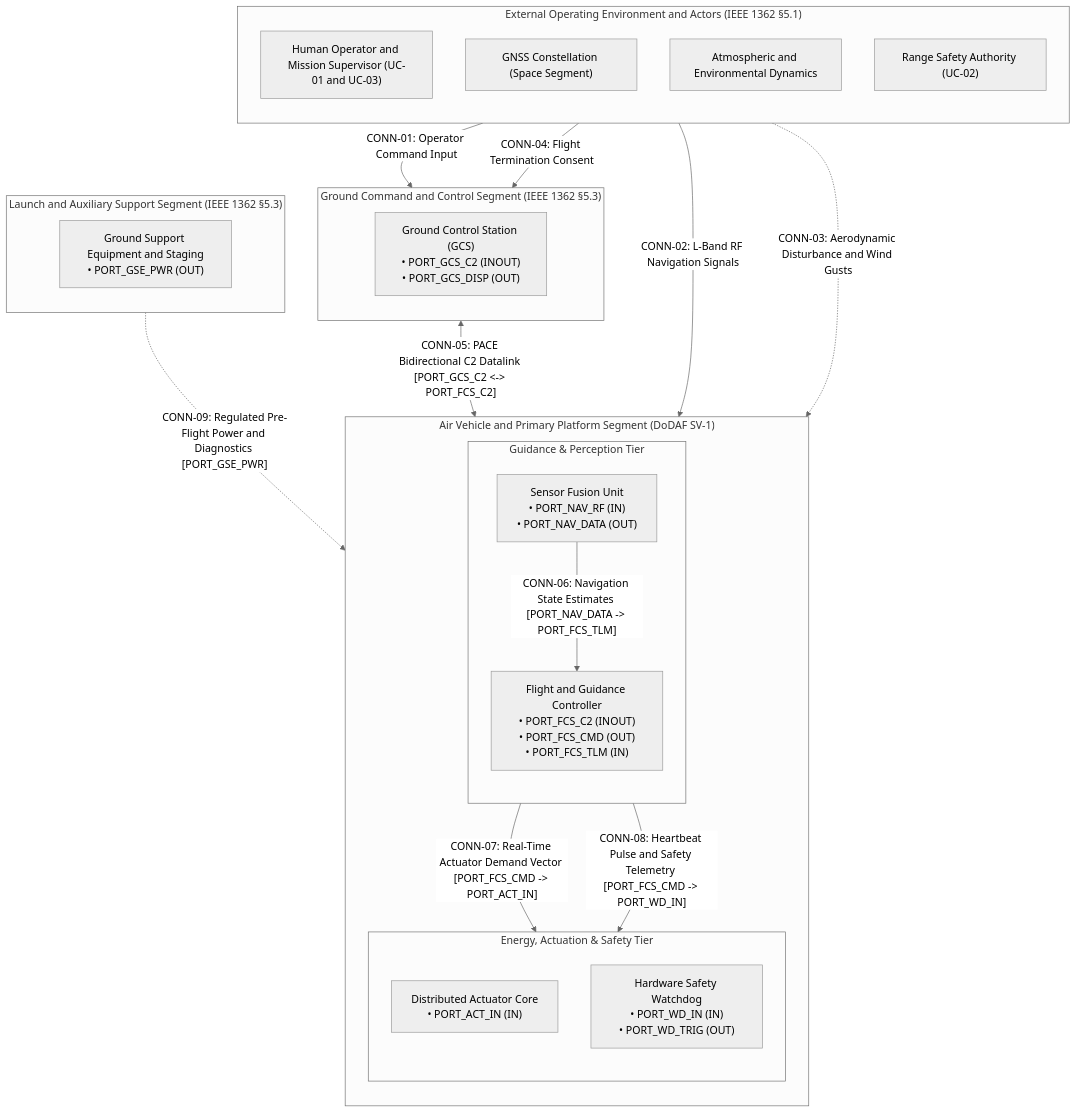
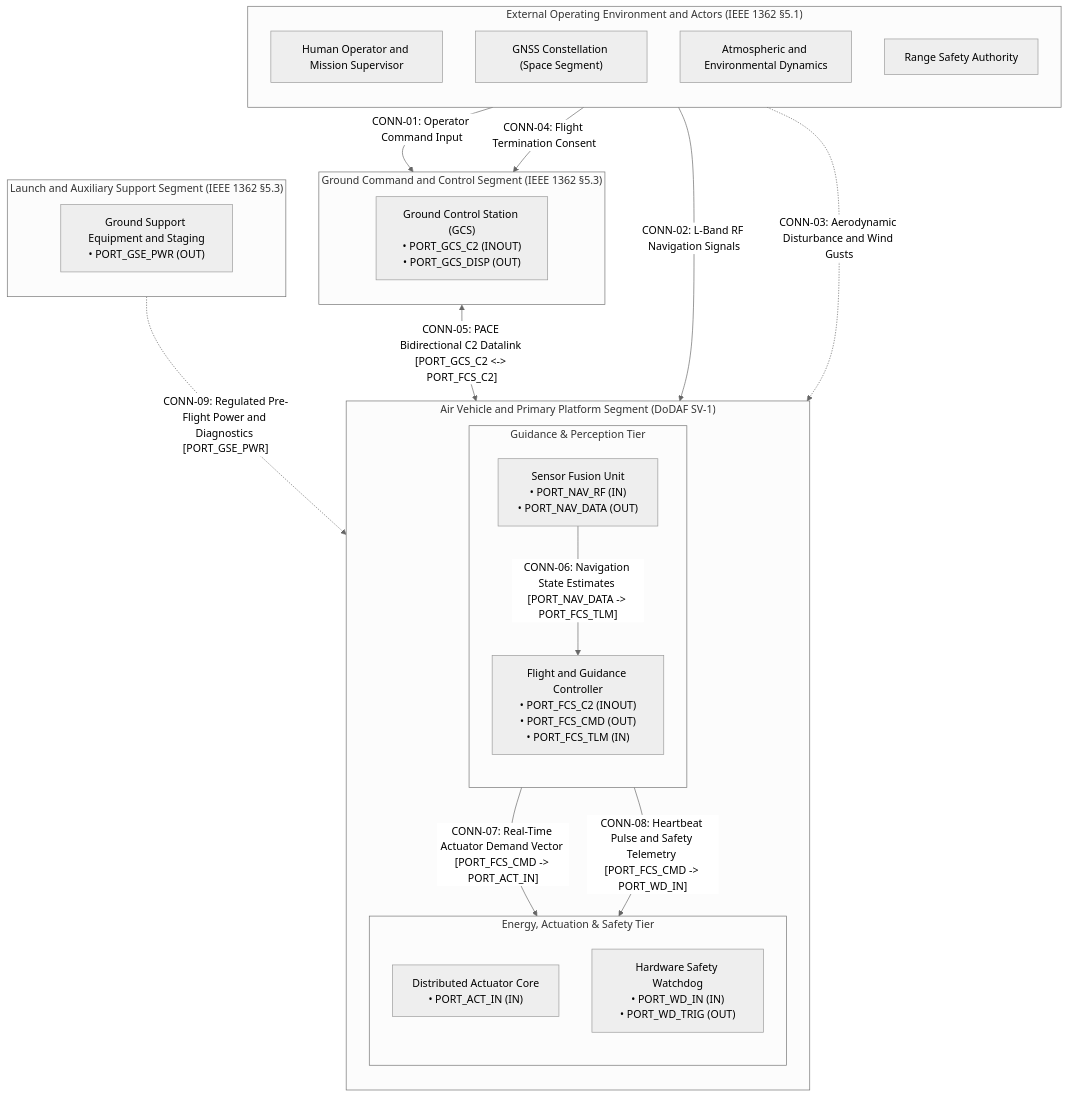
One commit to gintatkinson/DEAP01-spec-core changed the first of 2 diagrams in skills/spec-conops-engineering/SKILL.md. Above: the diagram before and after it, drawn with Mermaid (neutral theme). The commit also changed other lines of this file and 4 other files, not shown here.

Commit message:
feat(conops): enforce INCOSE architecture hierarchy, Level 1B scope boundaries, and Section 4.8 SV-1 table parity

````diff
--- a/skills/spec-conops-engineering/SKILL.md
+++ b/skills/spec-conops-engineering/SKILL.md
@@ -249,48 +266,48 @@
 ```mermaid
 flowchart TD
     subgraph External_Actors["External Operating Environment and Actors (IEEE 1362 §5.1)"]
         direction TB
-        Operator["Human Operator and Mission Supervisor (UC-01 and UC-03)"]
+        Operator["Human Operator and Mission Supervisor"]
         GNSS_Space["GNSS Constellation (Space Segment)"]
         Environment["Atmospheric and Environmental Dynamics"]
-        RangeSafety["Range Safety Authority (UC-02)"]
+        RangeSafety["Range Safety Authority"]
     end
 
     subgraph Ground_Segment["Ground Command and Control Segment (IEEE 1362 §5.3)"]
         direction TB
         GCS["Ground Control Station (GCS)<br/>• PORT_GCS_C2 (INOUT)<br/>• PORT_GCS_DISP (OUT)"]
     end
 
     subgraph Platform_Segment["Air Vehicle and Primary Platform Segment (DoDAF SV-1)"]
         direction TB
         subgraph Tier1_Processing["Guidance & Perception Tier"]
             direction TB
             FCS["Flight and Guidance Controller<br/>• PORT_FCS_C2 (INOUT)<br/>• PORT_FCS_CMD (OUT)<br/>• PORT_FCS_TLM (IN)"]
             NavSensors["Sensor Fusion Unit<br/>• PORT_NAV_RF (IN)<br/>• PORT_NAV_DATA (OUT)"]
         end
 
         subgraph Tier2_Actuation["Energy, Actuation & Safety Tier"]
             direction TB
             Actuators["Distributed Actuator Core<br/>• PORT_ACT_IN (IN)"]
             Watchdog["Hardware Safety Watchdog<br/>• PORT_WD_IN (IN)<br/>• PORT_WD_TRIG (OUT)"]
         end
     end
 
     subgraph Support_Segment["Launch and Auxiliary Support Segment (IEEE 1362 §5.3)"]
         direction TB
         GSE["Ground Support Equipment and Staging<br/>• PORT_GSE_PWR (OUT)"]
     end
 
     %% External Interface Connections
     Operator -->|"CONN-01: Operator Command Input"| GCS
     GNSS_Space -->|"CONN-02: L-Band RF Navigation Signals"| NavSensors
     Environment -.->|"CONN-03: Aerodynamic Disturbance and Wind Gusts"| Actuators
     RangeSafety -->|"CONN-04: Flight Termination Consent"| GCS
 
     %% Segment Inter-Connects (Item Flows)
     GCS <-->|"CONN-05: PACE Bidirectional C2 Datalink [PORT_GCS_C2 <-> PORT_FCS_C2]"| FCS
     NavSensors -->|"CONN-06: Navigation State Estimates [PORT_NAV_DATA -> PORT_FCS_TLM]"| FCS
     FCS -->|"CONN-07: Real-Time Actuator Demand Vector [PORT_FCS_CMD -> PORT_ACT_IN]"| Actuators
     FCS -->|"CONN-08: Heartbeat Pulse and Safety Telemetry [PORT_FCS_CMD -> PORT_WD_IN]"| Watchdog
     GSE -.->|"CONN-09: Regulated Pre-Flight Power and Diagnostics [PORT_GSE_PWR]"| Platform_Segment
 ```
````
